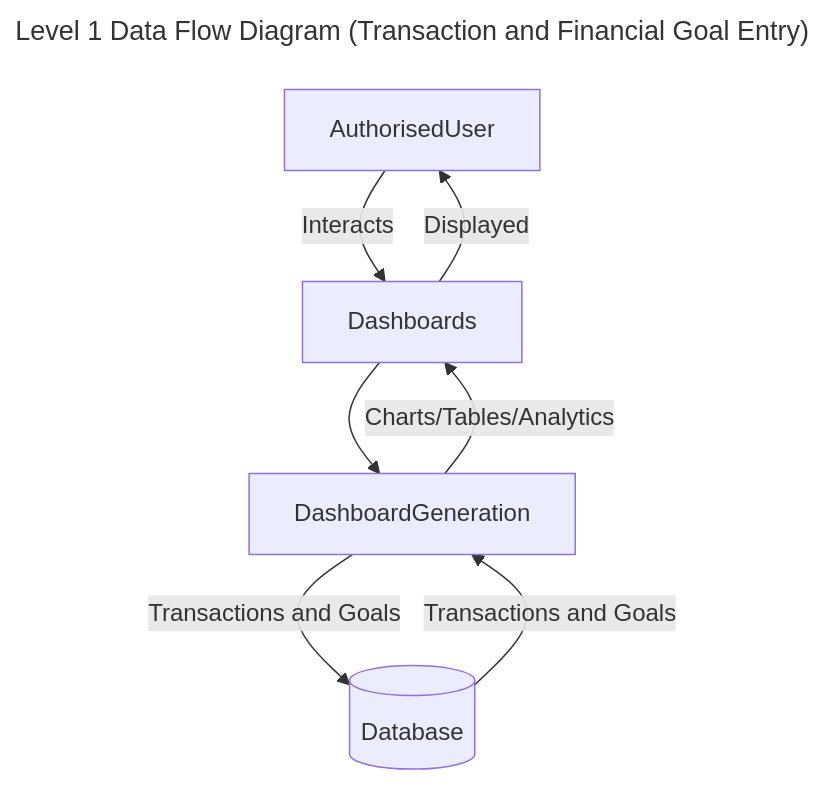
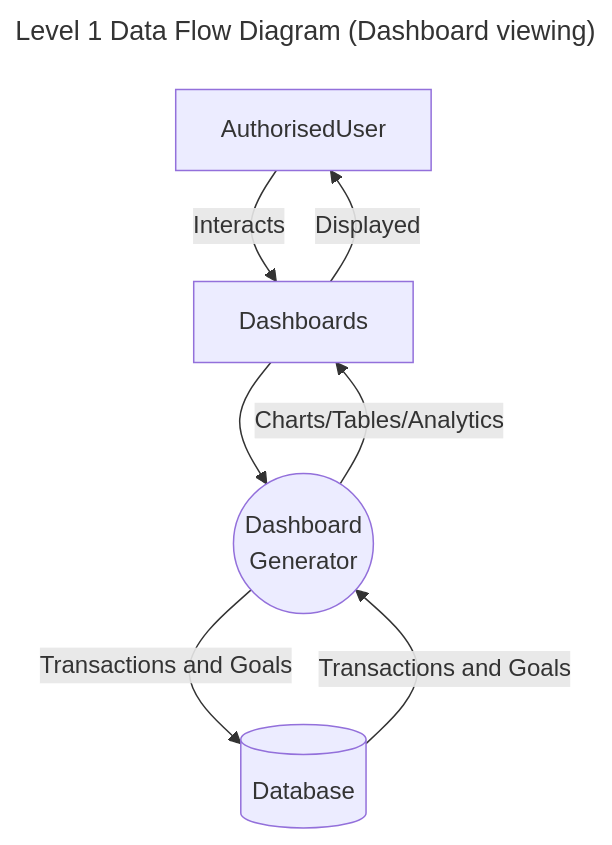
The fifth of 5 diagrams in 02. My Portfolio/3. Application Design/AD-02 Data Flow Diagrams.md (AlexandriaParkCS/2026-y12-SE-PhilipYaroshchyk-pwa-obsidian-portfolio), drawn with Mermaid before and after one commit. The commit also changed other lines of this file and 4 other files, not shown here.

Commit message:
I applied feedback I recieved to diagrams

````diff
--- a/02. My Portfolio/3. Application Design/AD-02 Data Flow Diagrams.md
+++ b/02. My Portfolio/3. Application Design/AD-02 Data Flow Diagrams.md
@@ -80,18 +96,18 @@
 ```mermaid
 ---
-title: Level 1 Data Flow Diagram (Transaction and Financial Goal Entry)
+title: Level 1 Data Flow Diagram (Dashboard viewing)
 ---
 flowchart
 
 AuthorisedUser
 Dashboards
-DashboardGeneration
+DashboardGeneration((Dashboard<br>Generator))
 Database[(Database)]
 
 AuthorisedUser -- Interacts --> Dashboards
 Dashboards --> DashboardGeneration
 DashboardGeneration -- Transactions and Goals --> Database
 Database -- Transactions and Goals --> DashboardGeneration
 DashboardGeneration -- Charts/Tables/Analytics --> Dashboards
 Dashboards -- Displayed --> AuthorisedUser
 ```
````
